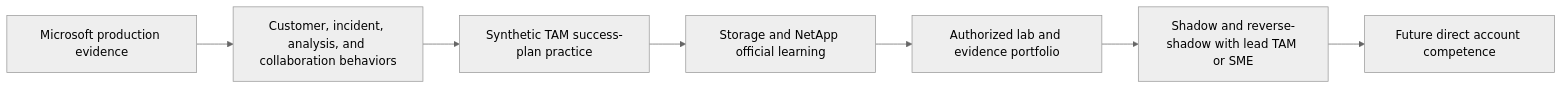
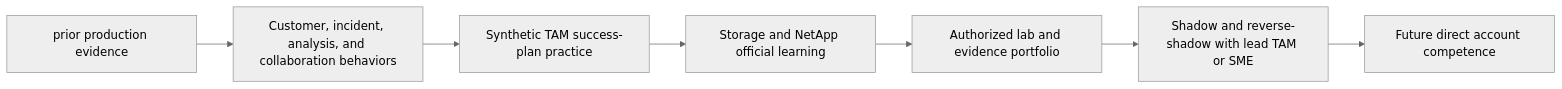
Diagram 24 of 26 in NetApp TAM/prep/Part-03-technical-account-management-customer-success.md (hichauhan-in/Interview-Prep), drawn with Mermaid (neutral theme) before and after one commit. The commit also changed other lines of this file and 493 other files, not shown here.

````diff
--- a/NetApp TAM/prep/Part-03-technical-account-management-customer-success.md
+++ b/NetApp TAM/prep/Part-03-technical-account-management-customer-success.md
@@ -1156,9 +1156,9 @@
 ```mermaid
 flowchart LR
-    PROD[Microsoft production evidence] --> BEHAVIOR[Customer, incident, analysis, and collaboration behaviors]
+    PROD[prior production evidence] --> BEHAVIOR[Customer, incident, analysis, and collaboration behaviors]
     BEHAVIOR --> SYN[Synthetic TAM success-plan practice]
     SYN --> STUDY[Storage and NetApp official learning]
     STUDY --> LAB[Authorized lab and evidence portfolio]
     LAB --> SHADOW[Shadow and reverse-shadow with lead TAM or SME]
     SHADOW --> FUTURE[Future direct account competence]
 ```
````
